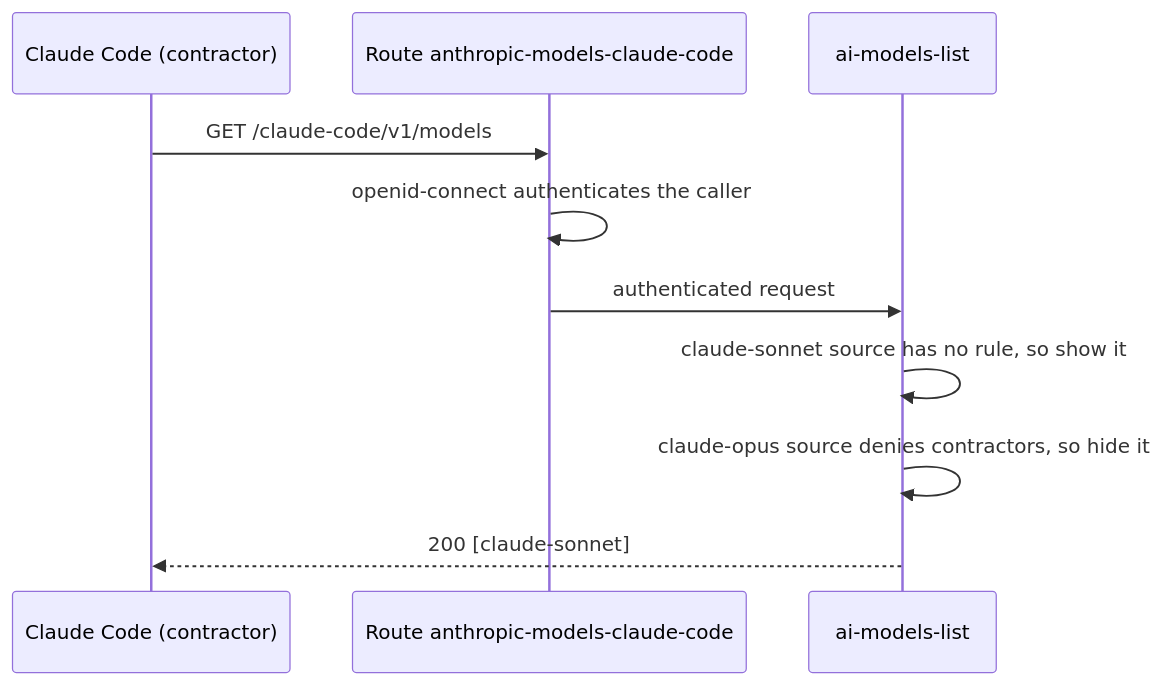
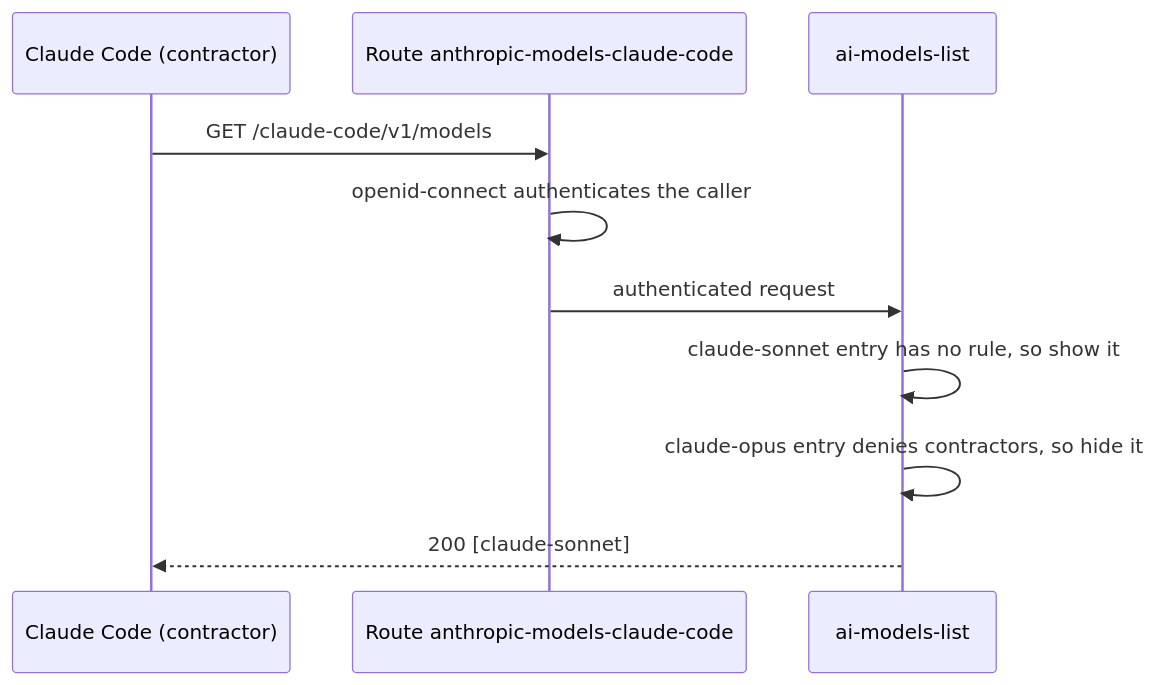
The first of 3 diagrams in docs/decisions/00231-model-list-routes.md (Kong/ai-deck-converter), drawn with Mermaid before and after one commit. The commit also changed other lines of this file, not shown here.

````diff
--- a/docs/decisions/00231-model-list-routes.md
+++ b/docs/decisions/00231-model-list-routes.md
@@ -170,12 +170,12 @@
 ```mermaid
 sequenceDiagram
     participant C as Claude Code (contractor)
     participant R as Route anthropic-models-claude-code
     participant L as ai-models-list
     C->>R: GET /claude-code/v1/models
     R->>R: openid-connect authenticates the caller
     R->>L: authenticated request
-    L->>L: claude-sonnet source has no rule, so show it
-    L->>L: claude-opus source denies contractors, so hide it
+    L->>L: claude-sonnet entry has no rule, so show it
+    L->>L: claude-opus entry denies contractors, so hide it
     L-->>C: 200 [claude-sonnet]
 ```
````
